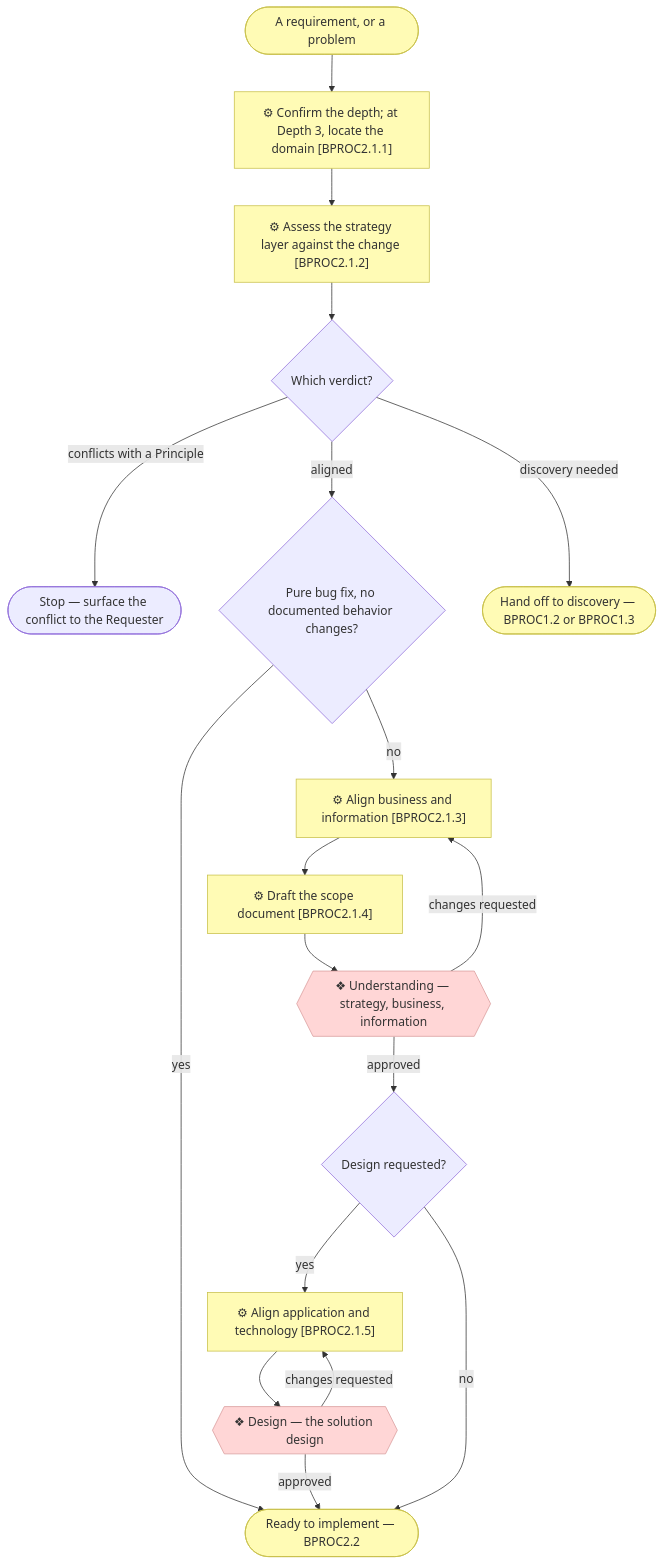
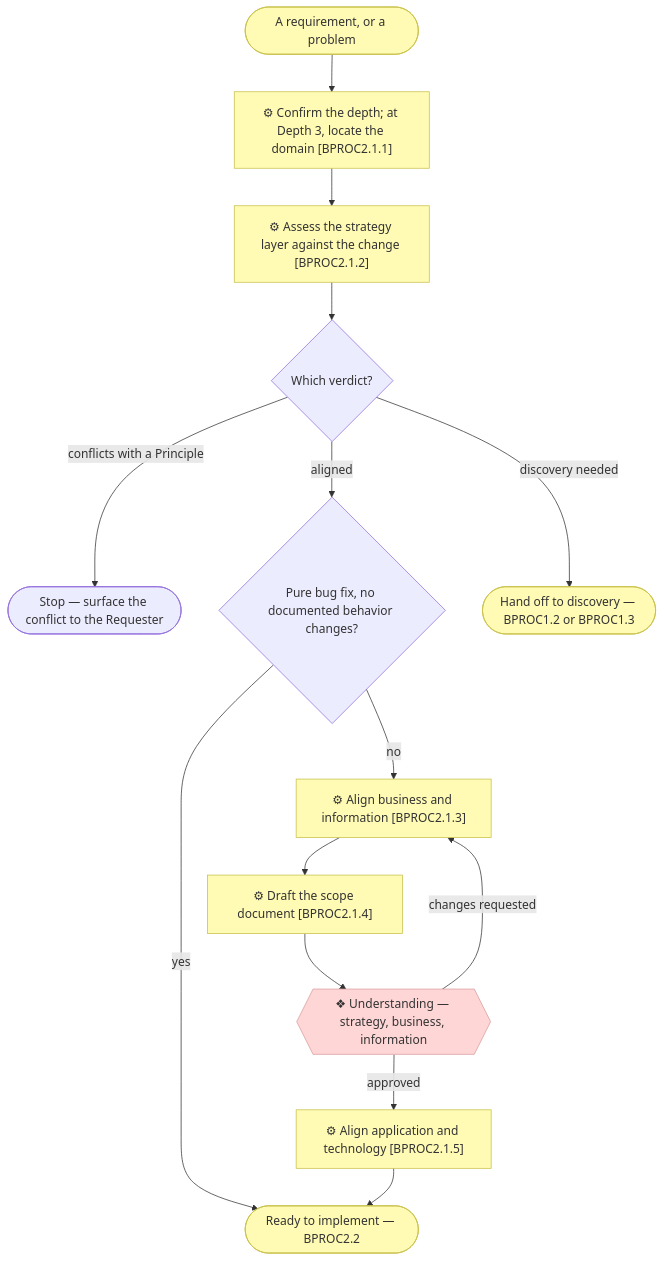
The diagram in docs/process/3_level-3-align-a-change.md (roanboc/archreator), drawn with Mermaid before and after one commit. The commit also changed other lines of this file and 68 other files, not shown here.

````diff
--- a/docs/process/3_level-3-align-a-change.md
+++ b/docs/process/3_level-3-align-a-change.md
@@ -9,35 +9,29 @@
 ```mermaid
 flowchart TD
   req(["A requirement, or a problem"])
   depth["⚙ Confirm the depth; at Depth 3, locate the domain [BPROC2.1.1]"]
   assess["⚙ Assess the strategy layer against the change [BPROC2.1.2]"]
   verdict{"Which verdict?"}
   stop(["Stop — surface the conflict to the Requester"])
   bugfix{"Pure bug fix, no documented behavior changes?"}
   walk23["⚙ Align business and information [BPROC2.1.3]"]
   scope["⚙ Draft the scope document [BPROC2.1.4]"]
   g2{{"❖ Understanding — strategy, business, information"}}
-  opt{"Design requested?"}
   walk45["⚙ Align application and technology [BPROC2.1.5]"]
-  g3{{"❖ Design — the solution design"}}
   out(["Ready to implement — BPROC2.2"])
   disc(["Hand off to discovery — BPROC1.2 or BPROC1.3"])
 
   req --> depth --> assess --> verdict
   verdict -->|discovery needed| disc
   verdict -->|conflicts with a Principle| stop
   verdict -->|aligned| bugfix
   bugfix -->|yes| out
   bugfix -->|no| walk23 --> scope --> g2
   g2 -->|changes requested| walk23
-  g2 -->|approved| opt
-  opt -->|yes| walk45 --> g3
-  g3 -->|changes requested| walk45
-  g3 -->|approved| out
-  opt -->|no| out
+  g2 -->|approved| walk45 --> out
 
   classDef business fill:#fffbb5,stroke:#c8c04a,color:#333
   classDef implementation fill:#ffd6d6,stroke:#d99b9b,color:#333
   class depth,assess,walk23,scope,walk45,req,out,disc business
-  class g2,g3 implementation
+  class g2 implementation
 ```
````
